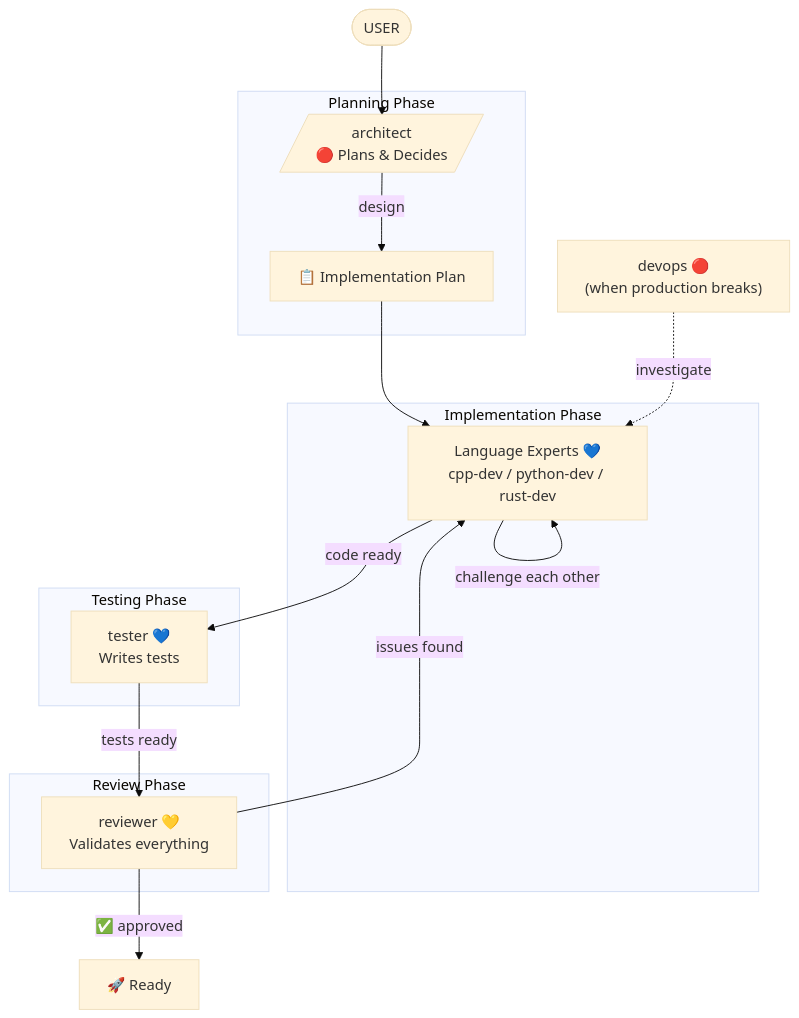
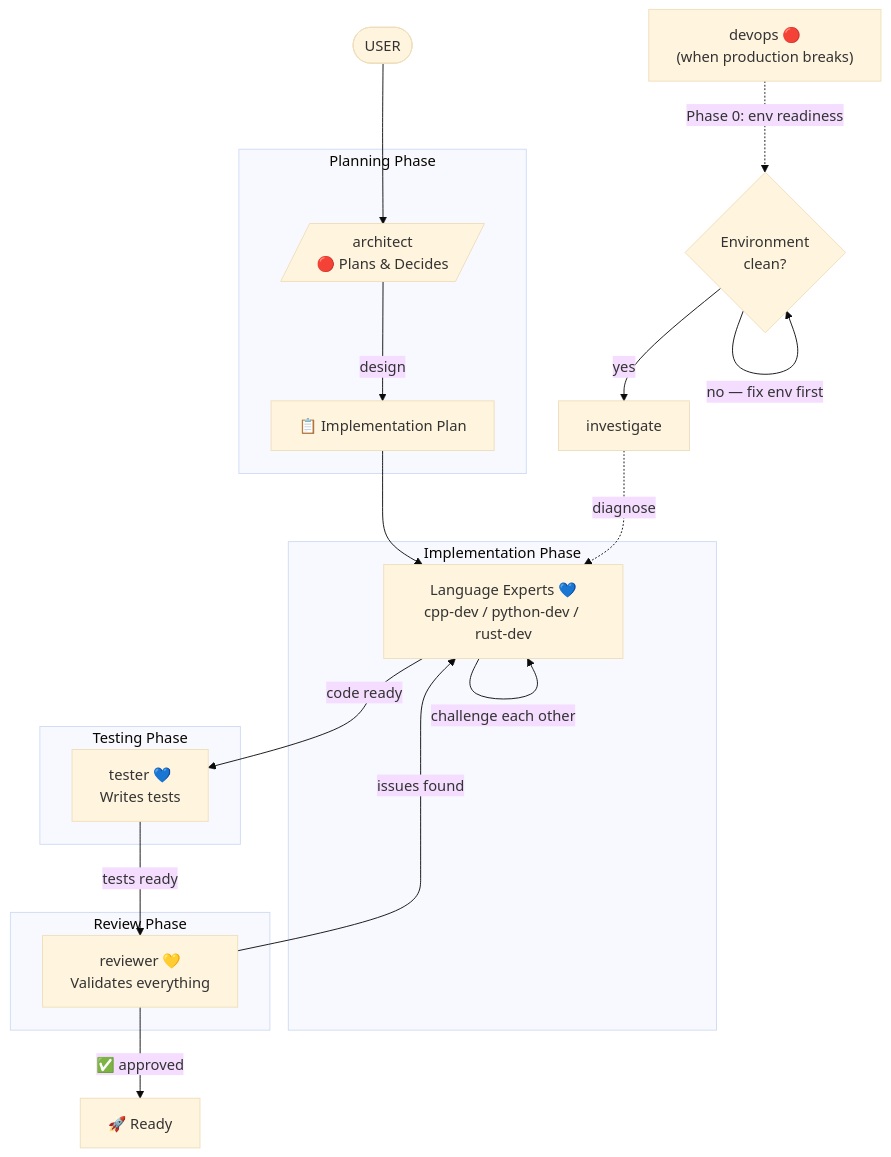
Before and after one commit to DeevsDeevs/agent-system: the diagram in dev-experts/README.md, drawn with Mermaid (base theme). The commit also changed other lines of this file and 1 other file, not shown here.

First line of the commit message:
feat: add environment readiness checks and Occam's Razor to devops agent

````diff
--- a/dev-experts/README.md
+++ b/dev-experts/README.md
@@ -123,27 +130,30 @@
 ```mermaid
 flowchart TD
     USER([USER]) --> architect[/"architect<br/>🔴 Plans & Decides"/]
 
     subgraph planning [Planning Phase]
         architect -->|"design"| plan["📋 Implementation Plan"]
     end
 
     subgraph implementation [Implementation Phase]
         plan --> coders
         coders["Language Experts 💙<br/>cpp-dev / python-dev / rust-dev"]
         coders -->|"challenge each other"| coders
     end
 
     subgraph testing [Testing Phase]
         coders -->|"code ready"| tester["tester 💙<br/>Writes tests"]
     end
 
     subgraph review [Review Phase]
         tester -->|"tests ready"| reviewer["reviewer 💛<br/>Validates everything"]
     end
 
     reviewer -->|"issues found"| coders
     reviewer -->|"✅ approved"| done["🚀 Ready"]
 
-    devops["devops 🔴<br/>(when production breaks)"] -.->|"investigate"| coders
+    devops["devops 🔴<br/>(when production breaks)"] -.->|"Phase 0: env readiness"| readiness{"Environment<br/>clean?"}
+    readiness -->|"yes"| investigate["investigate"]
+    readiness -->|"no — fix env first"| readiness
+    investigate -.->|"diagnose"| coders
 ```
````
